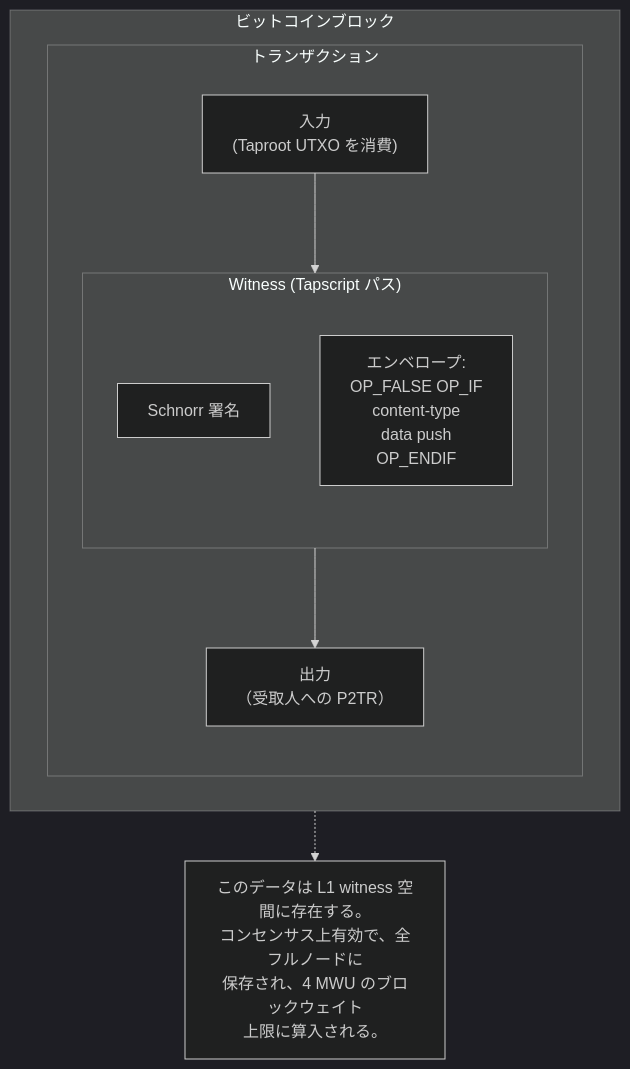
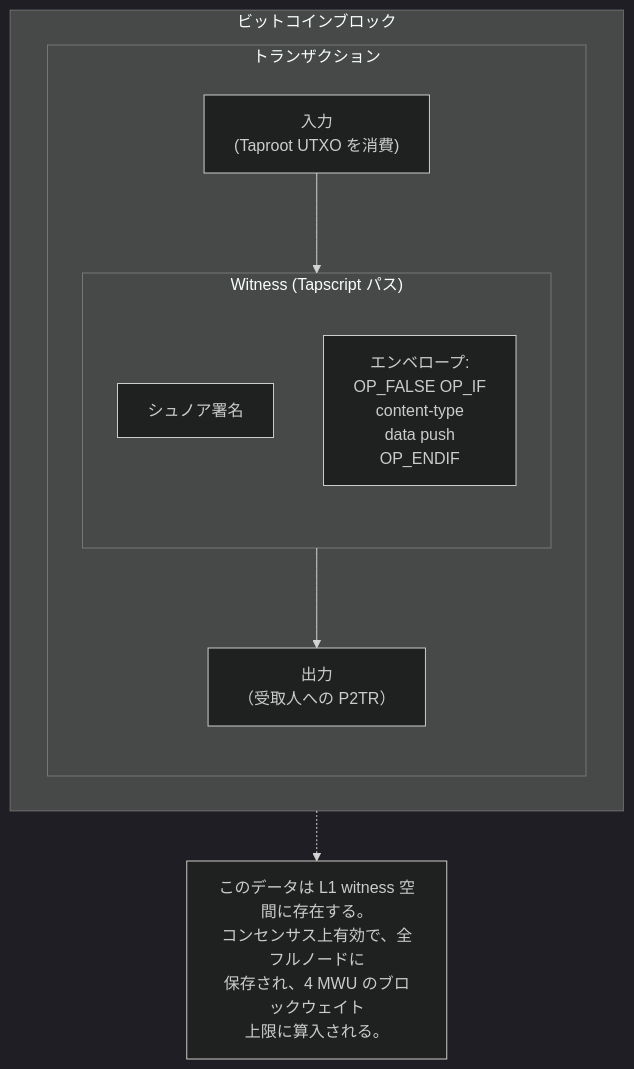
One commit to cypher256/BitcoinArchive changed the fifth of 6 diagrams in src/data/translations/ja/design/2009-01-03-bitcoin-ecosystem-design.md. Above: the diagram before and after it, drawn with Mermaid (dark theme). The commit also changed 7 other files, not shown here.

````diff
--- a/src/data/translations/ja/design/2009-01-03-bitcoin-ecosystem-design.md
+++ b/src/data/translations/ja/design/2009-01-03-bitcoin-ecosystem-design.md
@@ -212,19 +212,19 @@
 ```mermaid
 flowchart TB
     subgraph BLOCK["ビットコインブロック"]
         subgraph TX["トランザクション"]
             IN["入力<br/>(Taproot UTXO を消費)"]
             subgraph WIT["Witness (Tapscript パス)"]
-                SIG["Schnorr 署名"]
+                SIG["シュノア署名"]
                 ENVELOPE["エンベロープ:<br/>OP_FALSE OP_IF<br/>  content-type<br/>  data push<br/>OP_ENDIF"]
             end
             OUT["出力<br/>（受取人への P2TR）"]
         end
     end
 
     IN --> WIT
     WIT --> OUT
 
     NOTE["このデータは L1 witness 空間に存在する。<br/>コンセンサス上有効で、全フルノードに<br/>保存され、4 MWU のブロックウェイト<br/>上限に算入される。"]
     BLOCK -.-> NOTE
 ```
````
